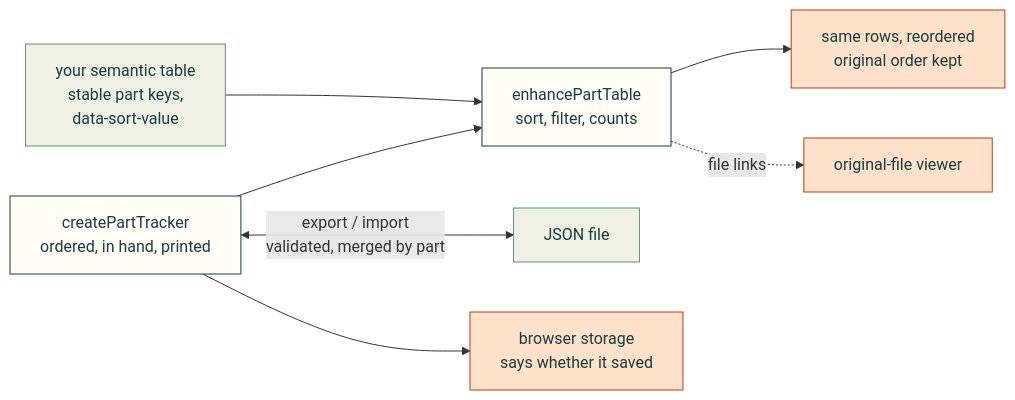
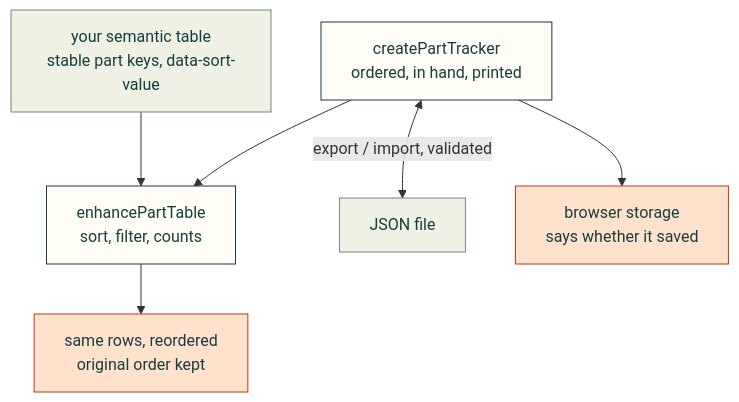
Before and after one commit to Valpatel/cad-agent: the diagram in docs/web-parts.md, drawn with Mermaid. The commit also changed 14 other files, not shown here.

First line of the commit message:
Docs diagrams: top-down so they fit the article column; chart shows the error's size from zero

````diff
--- a/docs/web-parts.md
+++ b/docs/web-parts.md
@@ -15,15 +15,14 @@
 ```mermaid
-flowchart LR
-    T["your semantic table<br/>stable part keys,<br/>data-sort-value"] --> E["enhancePartTable<br/>sort, filter, counts"]
+flowchart TD
+    T["your semantic table<br/>stable part keys, data-sort-value"] --> E["enhancePartTable<br/>sort, filter, counts"]
+    Tr["createPartTracker<br/>ordered, in hand, printed"] --> E
     E --> V["same rows, reordered<br/>original order kept"]
-    Tr["createPartTracker<br/>ordered, in hand, printed"] --> E
-    Tr <-->|"export / import<br/>validated, merged by part"| J["JSON file"]
+    Tr <-->|"export / import, validated"| J["JSON file"]
     Tr --> LS["browser storage<br/>says whether it saved"]
-    E -.->|"file links"| FV["original-file viewer"]
     classDef here fill:#fffdf5,stroke:#173d3c,color:#173d3c
     classDef near fill:#eef1e4,stroke:#6f8a80,color:#173d3c
     classDef out fill:#ffe1cc,stroke:#bd3a12,color:#173d3c
     class E,Tr here
     class T,J near
-    class V,LS,FV out
+    class V,LS out
 ```
````
